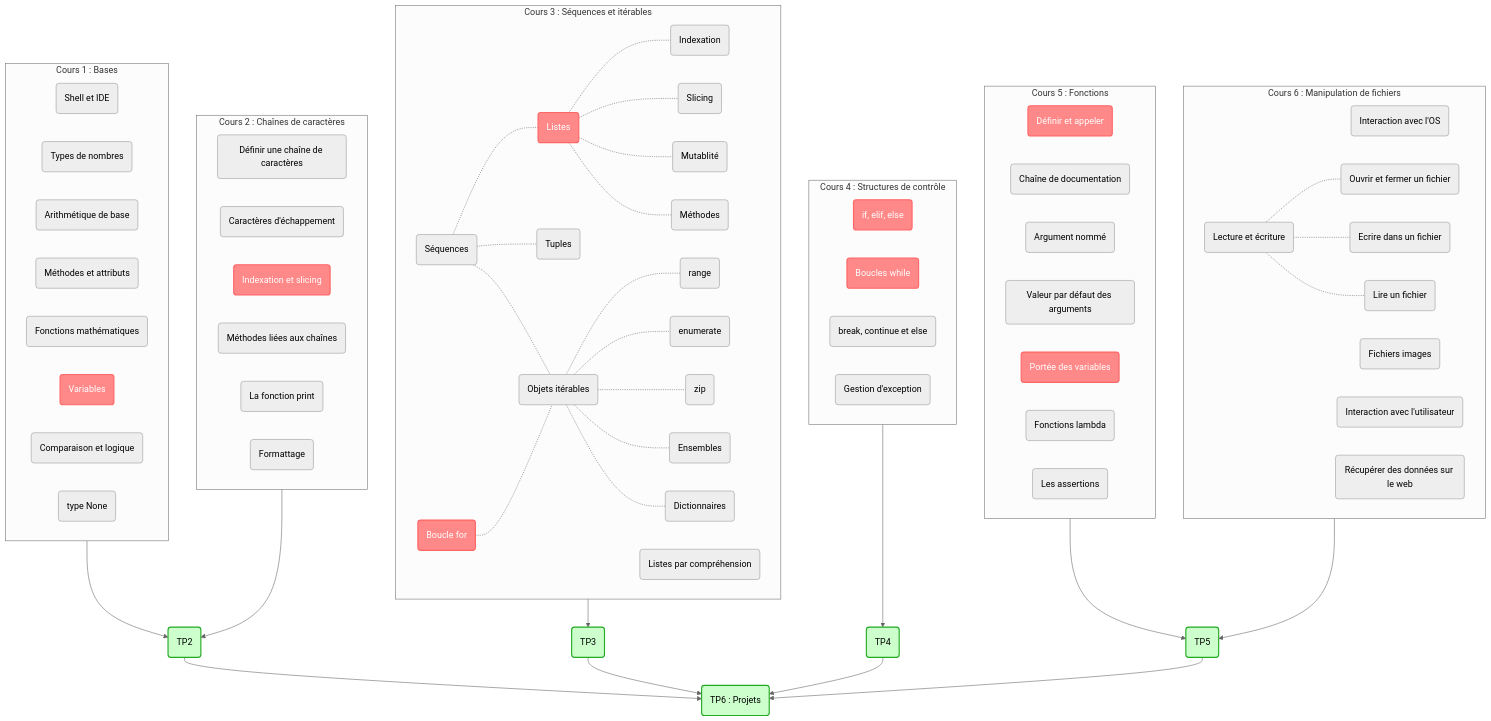
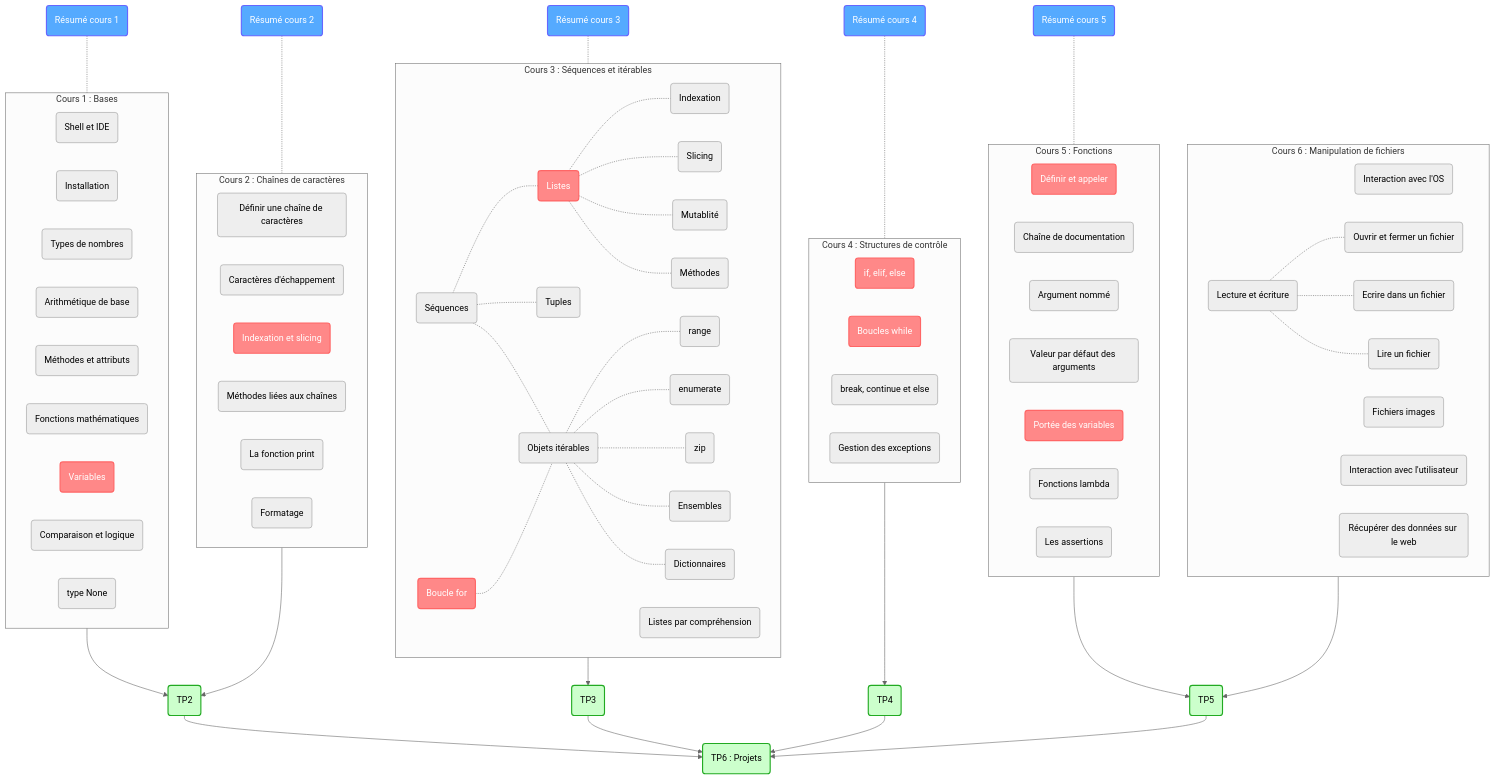
One commit to Cordier-Info/Cours-Python changed the diagram in content/_index.md. Above: the diagram before and after it, drawn with Mermaid (neutral theme). The commit also changed 34 other files, not shown here.

```diff
--- a/content/_index.md
+++ b/content/_index.md
@@ -15,19 +15,25 @@
 
 flowchart TB
 
+A00(Résumé cours 1)
+
 subgraph cours1  [Cours 1 : Bases]
-A1(Shell et IDE) & A2(Types de nombres) & A3(Arithmétique de base) & A4(Méthodes et attributs) & A5(Fonctions mathématiques) & A6(Variables) & A7(Comparaison et logique) & A8(type None) 
+A1(Shell et IDE) & A2(Installation) & A3(Types de nombres) & A4(Arithmétique de base) & A5(Méthodes et attributs) & A6(Fonctions mathématiques) & A7(Variables) & A8(Comparaison et logique) & A9(type None) 
 end
 
+B00(Résumé cours 2)
+
 subgraph cours2 [Cours 2 : Chaînes de caractères]
-B1(Définir une chaîne de caractères) & B2(Caractères d'échappement) & B3(Indexation et slicing) & B4(Méthodes liées aux chaînes) & B5(La fonction print) & B6(Formattage)
+B1(Définir une chaîne de caractères) & B2(Caractères d'échappement) & B3(Indexation et slicing) & B4(Méthodes liées aux chaînes) & B5(La fonction print) & B6(Formatage)
 end
 
 TP2(TP2)
 
-cours1 --> TP2
+A00 -.- cours1 --> TP2
 
-cours2 --> TP2
+B00-.-cours2 --> TP2
+
+C00(Résumé cours 3)
 
 subgraph cours3 [Cours 3 : Séquences et itérables]
 C1(Séquences) & C2(Objets itérables) 
@@ -42,15 +48,19 @@
 
 TP3(TP3)
 
-cours3 --> TP3
+C00-.-cours3 --> TP3
+
+D00(Résumé cours 4)
 
 subgraph cours4 [Cours 4 : Structures de contrôle]
-D1(if, elif, else) & D2(Boucles while) & D3(break, continue et else) & D4(Gestion d'exception) 
+D1(if, elif, else) & D2(Boucles while) & D3(break, continue et else) & D4(Gestion des exceptions) 
 end
 
 TP4(TP4)
 
-cours4--> TP4
+D00-.-cours4--> TP4
+
+E00(Résumé cours 5)
 
 subgraph cours5 [Cours 5 : Fonctions]
 E1(Définir et appeler) & E2(Chaîne de documentation) & E3(Argument nommé)  & E4(Valeur par défaut des arguments) & E5(Portée des variables) & E6(Fonctions lambda) & E7(Les assertions)
@@ -62,64 +72,65 @@
 end
 
 TP5(TP5)
-
+E00-.-cours5
 cours5 & cours6 --> TP5
 
 TP2 & TP3 & TP4 & TP5 --> TP6(TP6 : Projets)
 
 click A1 "/cours_python/cours1/"
-click A2 "/cours_python/cours1/#types-de-nombres"
-click A3 "/cours_python/cours1/#arithmétique-de-base"
-click A4 "/cours_python/cours1/#méthodes-et-attributs"
-click A5 "/cours_python/cours1/#fonctions-mathématiques"
-click A6 "/cours_python/cours1/#variables"
-click A7 "/cours_python/cours1/#comparaison-et-logique"
-click A8 "/cours_python/cours1/#type-none"
+click A2 "/cours_python/cours1/#installation"
+click A3 "/cours_python/cours1/#types-de-nombres"
+click A4 "/cours_python/cours1/#arithmetique"
+click A5 "/cours_python/cours1/#methodes"
+click A6 "/cours_python/cours1/#fmathematiques"
+click A7 "/cours_python/cours1/#variables"
+click A8 "/cours_python/cours1/#comparaison-et-logique"
+click A9 "/cours_python/cours1/#type-none"
 
 click B1 "/cours_python/cours2/"
-click B2 "/cours_python/cours2/#caractères-déchappement"
+click B2 "/cours_python/cours2/#echappement"
 click B3 "/cours_python/cours2/#indexation-et-slicing"
-click B4 "/cours_python/cours2/#méthodes-liées-aux-chaînes"
+click B4 "/cours_python/cours2/#methodeschaines"
 click B5 "/cours_python/cours2/#la-fonction-print"
-click B6 "/cours_python/cours2/#formatage-des-chaînes-de-caractères"
+click B6 "/cours_python/cours2/#formatage"
 
 click C1 "/cours_python/cours3/"
 click C11 "/cours_python/cours3/"
 click C111 "/cours_python/cours3/#indexation"
 click C112 "/cours_python/cours3/#slicing"
-click C113 "/cours_python/cours3/#mutabilité-des-listes"
-click C114 "/cours_python/cours3/#méthodes"
+click C113 "/cours_python/cours3/#mutabilite"
+click C114 "/cours_python/cours3/#methodes"
 click C12 "/cours_python/cours3/#tuples"
-click C2 "/cours_python/cours3/#objets-itérables"
+click C2 "/cours_python/cours3/#iterables"
 click C21 "/cours_python/cours3/#range"
 click C22 "/cours_python/cours3/#enumerate"
 click C23 "/cours_python/cours3/#zip"
 click C24 "/cours_python/cours3/#ensembles"
 click C25 "/cours_python/cours3/#dictionnaires"
 click C3 "/cours_python/cours3/#boucle-for"
-click C4 "/cours_python/cours3/#listes-par-compréhension"
+click C4 "/cours_python/cours3/#comprehension"
 
 click D1 "/cours_python/cours4/"
 click D2 "/cours_python/cours4/#boucles-while"
 click D3 "/cours_python/cours4/#break-continue-et-else"
-click D4 "/cours_python/cours4/#la-gestion-dexceptions"
+click D4 "/cours_python/cours4/#la-gestion-des-exceptions"
 
 click E1 "/cours_python/cours5/"
-click E2 "/cours_python/cours5/#chaîne-de-documentation"
-click E3 "/cours_python/cours5/#argument-nommé"
-click E4 "/cours_python/cours5/#valeur-par-défaut-des-arguments"
-click E5 "/cours_python/cours5/#portée-des-variables"
+click E2 "/cours_python/cours5/#chainededocumentation"
+click E3 "/cours_python/cours5/#argumentnomme"
+click E4 "/cours_python/cours5/##valeurpardefaut"
+click E5 "/cours_python/cours5/#porteedesvariables"
 click E6 "/cours_python/cours5/#fonctions-lambda--des-fonctions-anonymes"
 click E7 "/cours_python/cours5/#les-assertions"
 
 click F1 "/cours_python/cours6/"
-click F2 "/cours_python/cours6/#lecture-et-écriture-de-fichiers"
-click F21 "/cours_python/cours6/#lecture-et-écriture-de-fichiers"
-click F22 "/cours_python/cours6/#écrire-dans-un-fichier"
+click F2 "/cours_python/cours6/#lectureetecriture"
+click F21 "/cours_python/cours6/#lectureetecriture"
+click F22 "/cours_python/cours6/#ecrire"
 click F23 "/cours_python/cours6/#lire-un-fichier"
 click F3 "/cours_python/cours6/#fichiers-image"
 click F4 "/cours_python/cours6/#interaction-avec-lutilisateur--la-fonction-input"
-click F5 "/cours_python/cours6/#récupérer-des-données-sur-le-web"
+click F5 "/cours_python/cours6/#web"
 
 click TP2 "/tp_python/tp2/"
 click TP3 "/tp_python/tp3/"
@@ -127,11 +138,18 @@
 click TP5 "/tp_python/tp5/"
 click TP6 "/tp_python/tp6/"
 
+click A00 "http://cordier-phychi.toile-libre.org/Info/cours1_pres"
+click B00 "http://cordier-phychi.toile-libre.org/Info/cours2_pres"
+click C00 "http://cordier-phychi.toile-libre.org/Info/cours3_pres"
+click D00 "http://cordier-phychi.toile-libre.org/Info/cours4_pres"
+click E00 "http://cordier-phychi.toile-libre.org/Info/cours5_pres"
+
 classDef important fill:#f88,stroke:#f66,stroke-width:2px,color:#fff;
-
+classDef resume fill:#5af,stroke:#66f,stroke-width:2px,color:#fff;
 classDef TP fill:#cfc,stroke:#2a2,stroke-width:2px;
 
-class A6,B3,C11,C3,D1,D2,E1,E5 important;
+class A00,B00,C00,D00,E00 resume;
+class A7,B3,C11,C3,D1,D2,E1,E5 important;
 class TP2,TP3,TP4,TP5,TP6 TP;
 
 {{< /mermaid >}}
```
